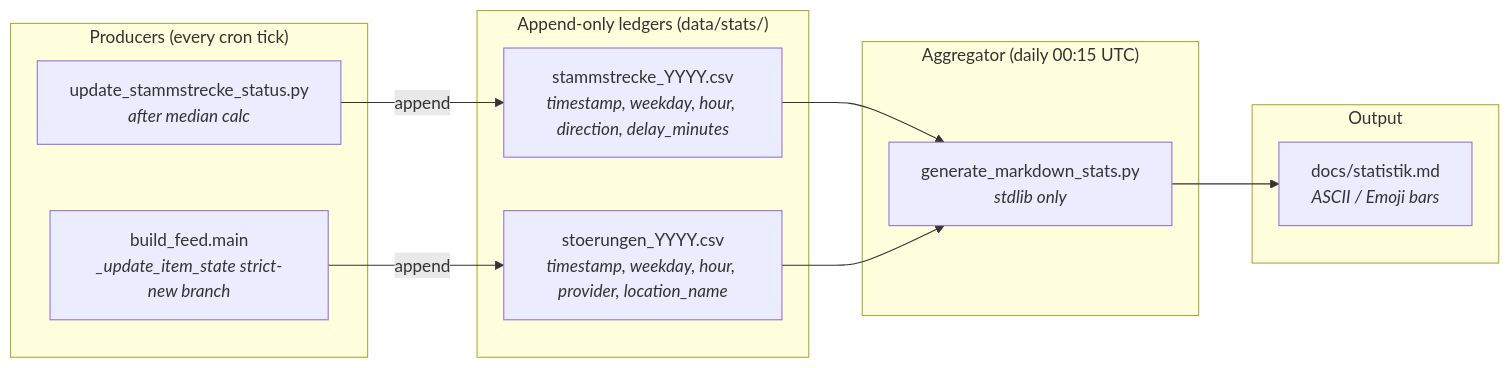
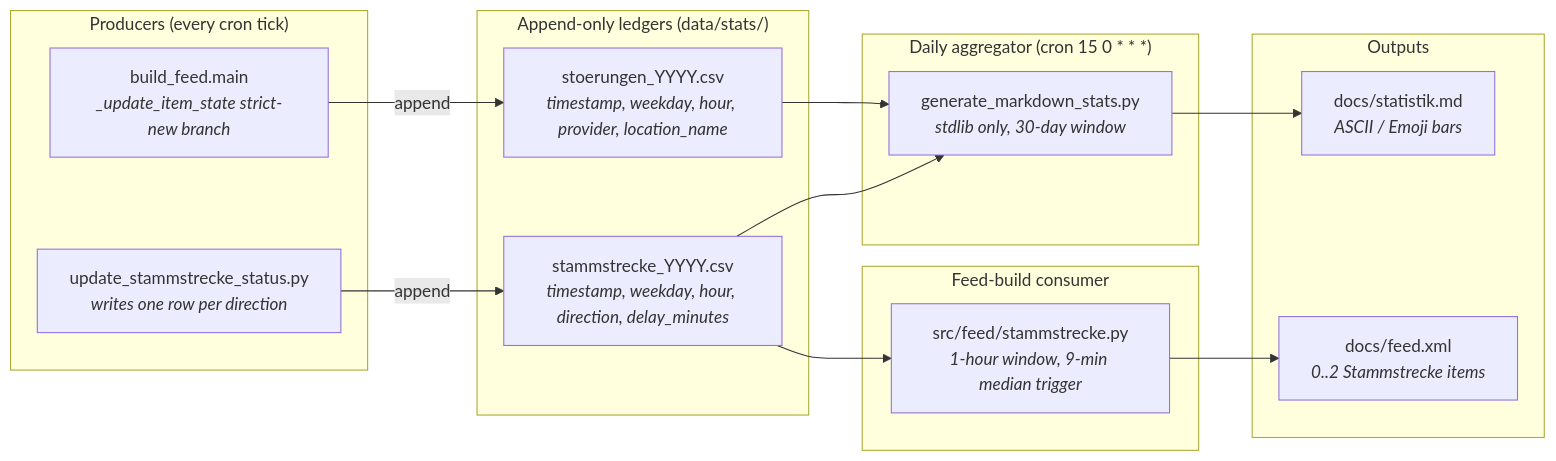
The sixth of 6 diagrams in docs/architecture.md (Origamihase/wien-oepnv), drawn with Mermaid before and after one commit. The commit also changed other lines of this file and 9 other files, not shown here.

````diff
--- a/docs/architecture.md
+++ b/docs/architecture.md
@@ -375,23 +378,29 @@
 ```mermaid
 flowchart LR
     subgraph "Producers (every cron tick)"
-        SS[update_stammstrecke_status.py<br/><i>after median calc</i>]
+        SS[update_stammstrecke_status.py<br/><i>writes one row per direction</i>]
         BF[build_feed.main<br/><i>_update_item_state strict-new branch</i>]
     end
     subgraph "Append-only ledgers (data/stats/)"
         SCSV[stammstrecke_YYYY.csv<br/><i>timestamp, weekday, hour, direction, delay_minutes</i>]
         DCSV[stoerungen_YYYY.csv<br/><i>timestamp, weekday, hour, provider, location_name</i>]
     end
-    subgraph "Aggregator (daily 00:15 UTC)"
-        AGG[generate_markdown_stats.py<br/><i>stdlib only</i>]
+    subgraph "Daily aggregator (cron 15 0 * * *)"
+        AGG[generate_markdown_stats.py<br/><i>stdlib only, 30-day window</i>]
     end
-    subgraph "Output"
+    subgraph "Feed-build consumer"
+        FRP[src/feed/stammstrecke.py<br/><i>1-hour window, 9-min median trigger</i>]
+    end
+    subgraph "Outputs"
         MD[docs/statistik.md<br/><i>ASCII / Emoji bars</i>]
+        RSS[docs/feed.xml<br/><i>0..2 Stammstrecke items</i>]
     end
 
     SS -- append --> SCSV
     BF -- append --> DCSV
     SCSV --> AGG
     DCSV --> AGG
     AGG --> MD
+    SCSV --> FRP
+    FRP --> RSS
 ```
````
